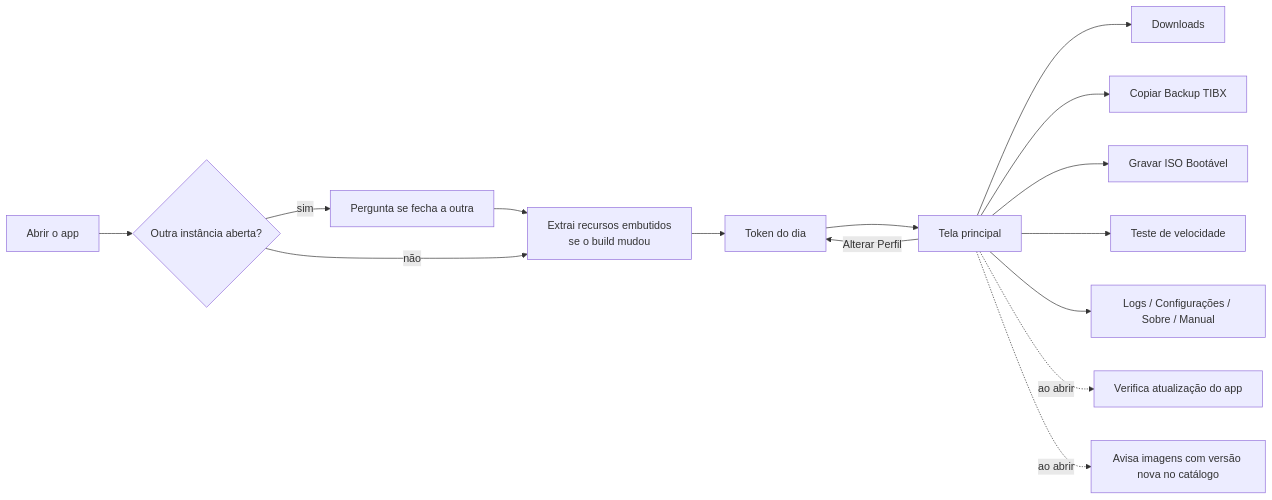
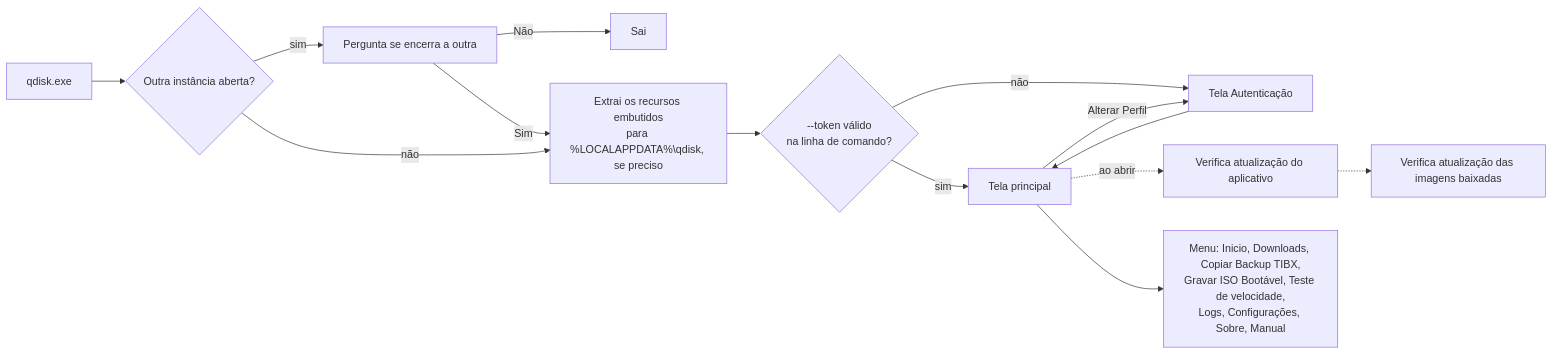
Before and after one commit to MarceloSobral-Quallit/Q-DISK: the first of 15 diagrams in docs/FLUXOS_APP.md, drawn with Mermaid. The commit also changed other lines of this file, not shown here.

Commit message:
docs: fluxos do aplicativo conforme o código

````diff
--- a/docs/FLUXOS_APP.md
+++ b/docs/FLUXOS_APP.md
@@ -12,16 +23,15 @@
 ```mermaid
 flowchart LR
-    A[Abrir o app] --> B{Outra instância aberta?}
-    B -- sim --> B1[Pergunta se fecha a outra] --> C
-    B -- não --> C[Extrai recursos embutidos<br/>se o build mudou]
-    C --> D[Token do dia]
-    D --> E[Tela principal]
-    E --> F[Downloads]
-    E --> G[Copiar Backup TIBX]
-    E --> H[Gravar ISO Bootável]
-    E --> I[Teste de velocidade]
-    E --> J[Logs / Configurações / Sobre / Manual]
-    E -. ao abrir .-> K[Verifica atualização do app]
-    E -. ao abrir .-> K2[Avisa imagens com versão nova no catálogo]
-    E -- Alterar Perfil --> D
+    A["qdisk.exe"] --> B{"Outra instância aberta?"}
+    B -- "sim" --> B1["Pergunta se encerra a outra"]
+    B1 -- "Não" --> X["Sai"]
+    B1 -- "Sim" --> C
+    B -- "não" --> C["Extrai os recursos embutidos<br/>para %LOCALAPPDATA%\qdisk, se preciso"]
+    C --> D{"--token válido<br/>na linha de comando?"}
+    D -- "sim" --> E
+    D -- "não" --> T["Tela Autenticação"] --> E["Tela principal"]
+    E -. "ao abrir" .-> U["Verifica atualização do aplicativo"]
+    U -.-> I["Verifica atualização das imagens baixadas"]
+    E --> M["Menu: Inicio, Downloads, Copiar Backup TIBX,<br/>Gravar ISO Bootável, Teste de velocidade,<br/>Logs, Configurações, Sobre, Manual"]
+    E -- "Alterar Perfil" --> T
 ```
````
